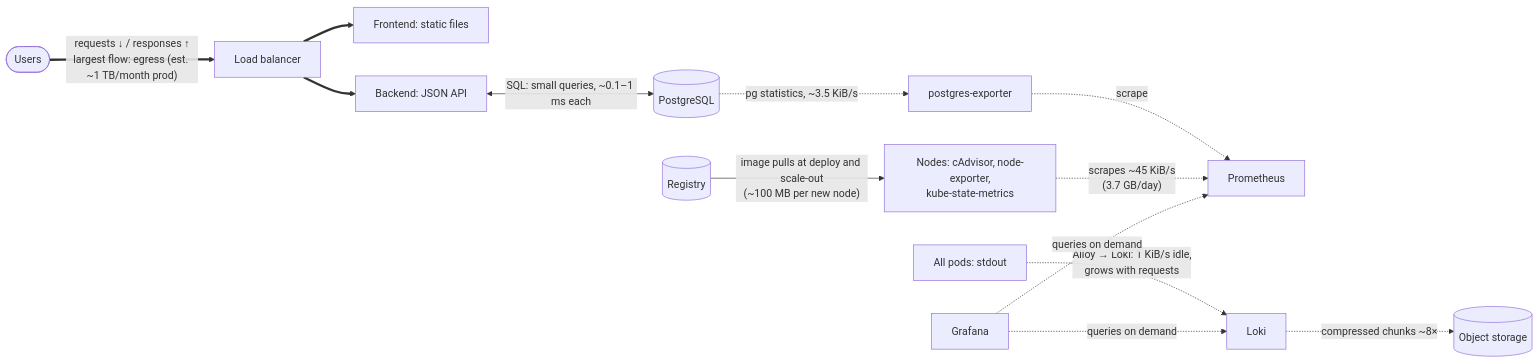
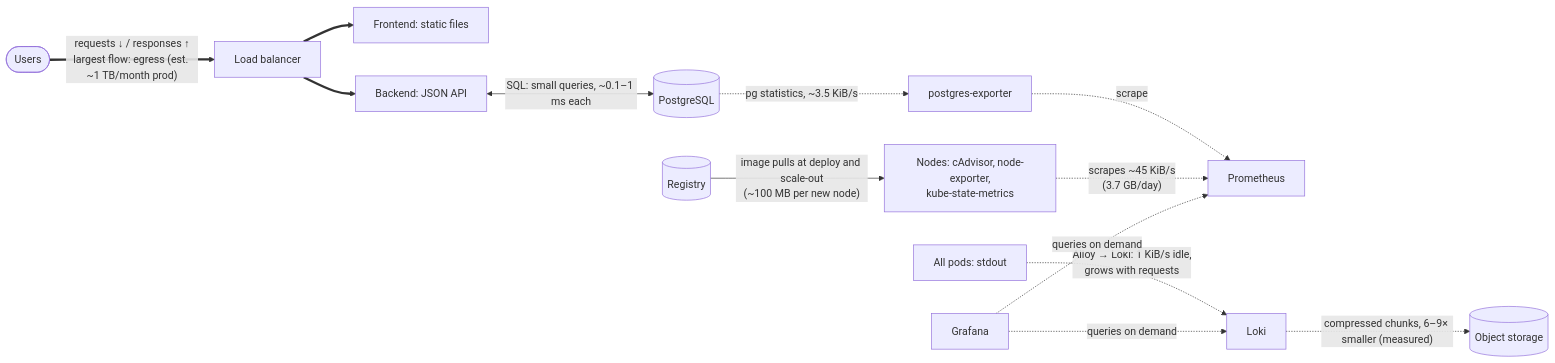
Before and after one commit to spamook/cloud-cartographer: the second of 2 diagrams in docs/1-infrastructure-analysis.md, drawn with Mermaid. The commit also changed other lines of this file and 8 other files, not shown here.

````diff
--- a/docs/1-infrastructure-analysis.md
+++ b/docs/1-infrastructure-analysis.md
@@ -257,14 +273,14 @@
 ```mermaid
 flowchart LR
   user([Users]) ==>|"requests ↓ / responses ↑<br/>largest flow: egress (est. ~1 TB/month prod)"| lb[Load balancer]
   lb ==> fe[Frontend: static files]
   lb ==> be[Backend: JSON API]
   be <-->|"SQL: small queries, ~0.1–1 ms each"| db[(PostgreSQL)]
   db -.->|"pg statistics, ~3.5 KiB/s"| exp[postgres-exporter]
   exp -.->|scrape| prom[Prometheus]
   nodes[Nodes: cAdvisor, node-exporter,<br/>kube-state-metrics] -.->|"scrapes ~45 KiB/s<br/>(3.7 GB/day)"| prom
   pods[All pods: stdout] -.->|"Alloy → Loki: 1 KiB/s idle,<br/>grows with requests"| loki[Loki]
-  loki -.->|"compressed chunks ~8×"| bucket[(Object storage)]
+  loki -.->|"compressed chunks, 6–9× smaller (measured)"| bucket[(Object storage)]
   graf[Grafana] -.->|"queries on demand"| prom & loki
   reg[(Registry)] -->|"image pulls at deploy and scale-out<br/>(~100 MB per new node)"| nodes
 ```
````
